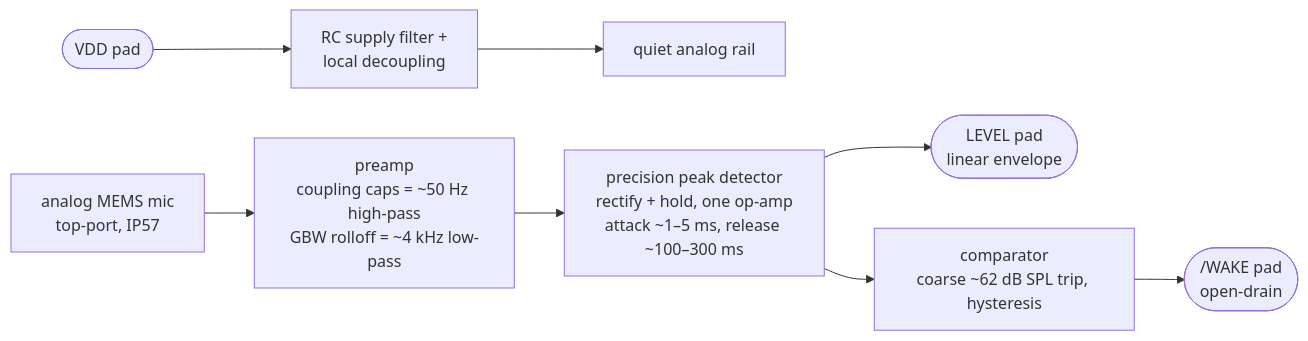
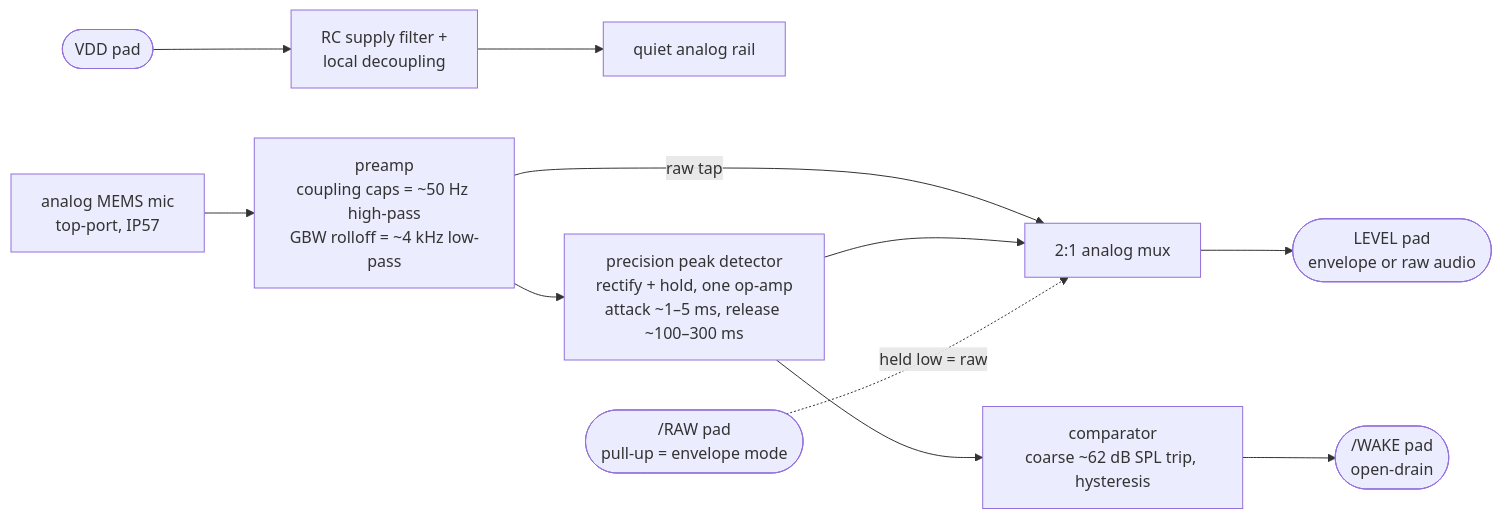
One commit to zackees/soundwake changed the second of 6 diagrams in README.md. Above: the diagram before and after it, drawn with Mermaid. The commit also changed other lines of this file, not shown here.

Commit message:
docs: add /RAW direct mode sharing the LEVEL pad via analog mux (#10)

````diff
--- a/README.md
+++ b/README.md
@@ -70,10 +79,13 @@
 ```mermaid
 flowchart LR
     VDDPAD(["VDD pad"]) --> FLT["RC supply filter +<br/>local decoupling"]
     FLT --> RAIL["quiet analog rail"]
     MIC["analog MEMS mic<br/>top-port, IP57"] --> AMP["preamp<br/>coupling caps = ~50 Hz high-pass<br/>GBW rolloff = ~4 kHz low-pass"]
     AMP --> PKD["precision peak detector<br/>rectify + hold, one op-amp<br/>attack ~1–5 ms, release ~100–300 ms"]
-    PKD --> LEVELPAD(["LEVEL pad<br/>linear envelope"])
+    AMP -->|"raw tap"| MUX["2:1 analog mux"]
+    PKD --> MUX
+    MUX --> LEVELPAD(["LEVEL pad<br/>envelope or raw audio"])
     PKD --> CMP["comparator<br/>coarse ~62 dB SPL trip, hysteresis"]
     CMP --> WAKEPAD(["/WAKE pad<br/>open-drain"])
+    RAWPAD(["/RAW pad<br/>pull-up = envelope mode"]) -.->|"held low = raw"| MUX
 ```
````
